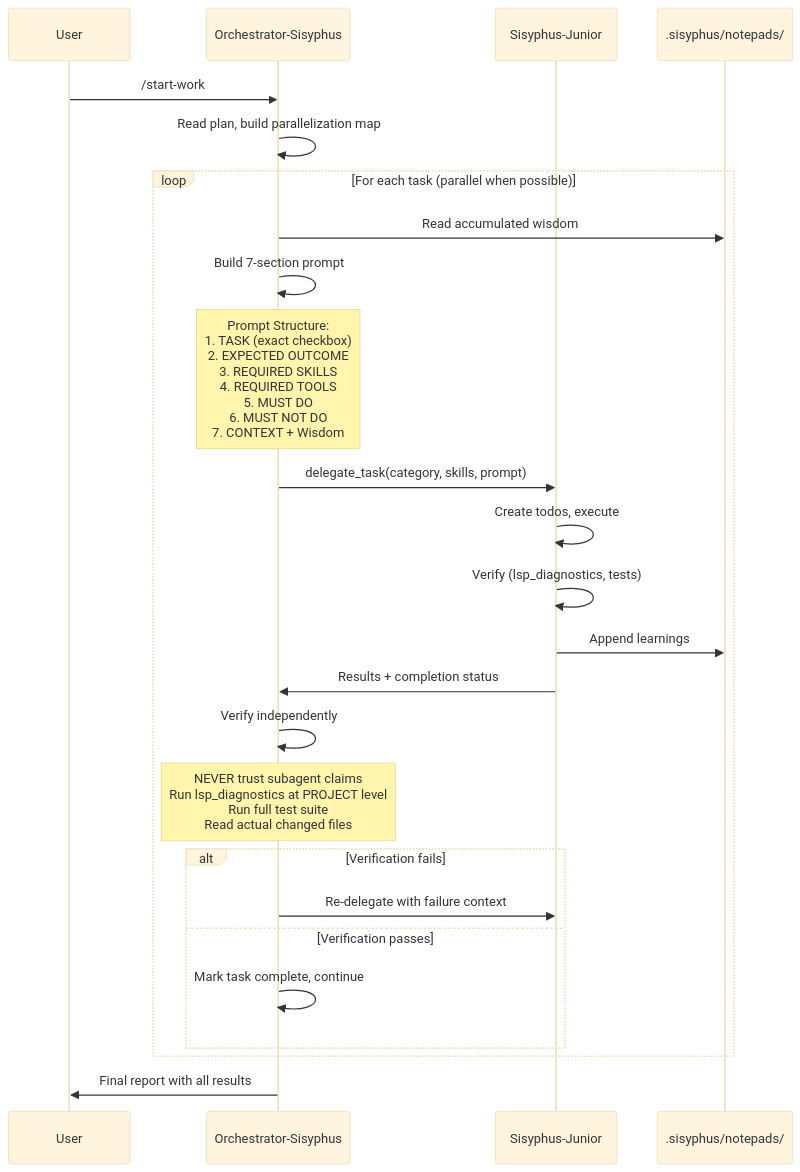
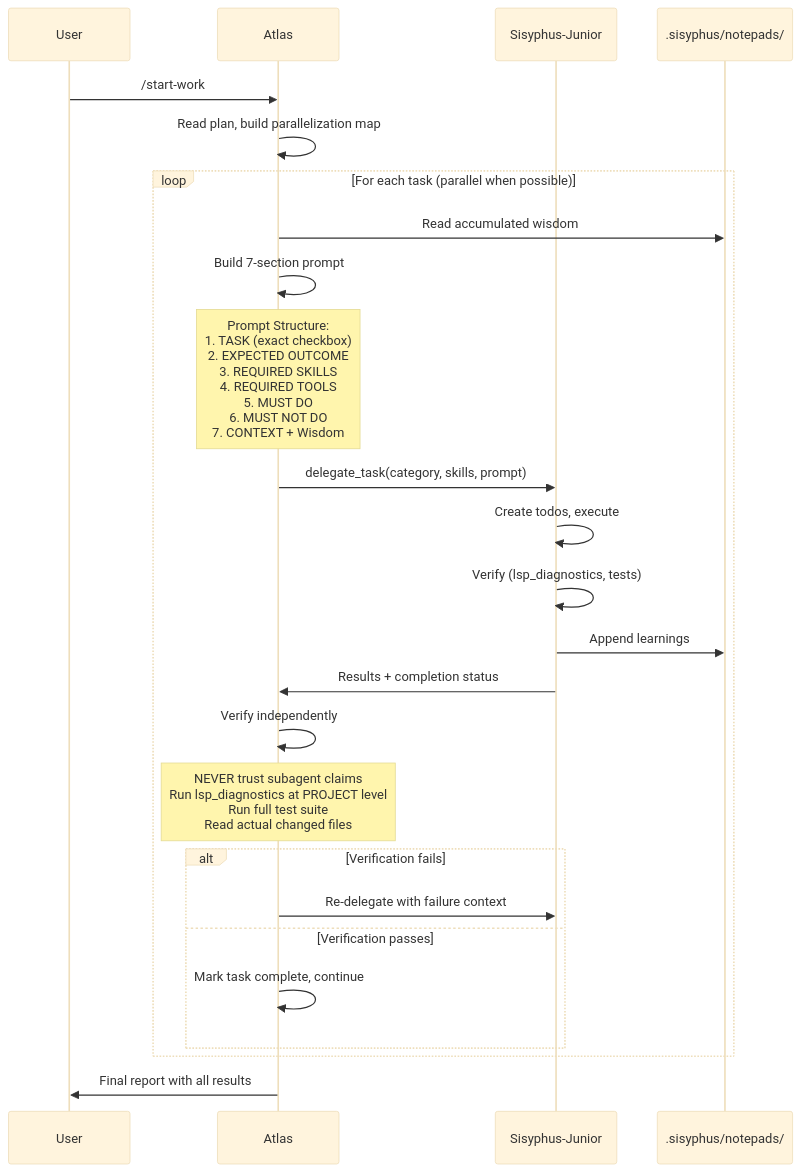
One commit to code-yeongyu/oh-my-openagent changed the fourth of 4 diagrams in docs/guide/understanding-orchestration-system.md. Above: the diagram before and after it, drawn with Mermaid (base theme). The commit also changed other lines of this file and 2 other files, not shown here.

Commit message:
docs: rename Orchestrator-Sisyphus to Atlas

````diff
--- a/docs/guide/understanding-orchestration-system.md
+++ b/docs/guide/understanding-orchestration-system.md
@@ -352,35 +352,35 @@
 ```mermaid
 sequenceDiagram
     participant User
-    participant Orchestrator as Orchestrator-Sisyphus
+    participant Orchestrator as Atlas
     participant Junior as Sisyphus-Junior
     participant Notepad as .sisyphus/notepads/
     
     User->>Orchestrator: /start-work
     Orchestrator->>Orchestrator: Read plan, build parallelization map
     
     loop For each task (parallel when possible)
         Orchestrator->>Notepad: Read accumulated wisdom
         Orchestrator->>Orchestrator: Build 7-section prompt
         
         Note over Orchestrator: Prompt Structure:<br/>1. TASK (exact checkbox)<br/>2. EXPECTED OUTCOME<br/>3. REQUIRED SKILLS<br/>4. REQUIRED TOOLS<br/>5. MUST DO<br/>6. MUST NOT DO<br/>7. CONTEXT + Wisdom
         
         Orchestrator->>Junior: delegate_task(category, skills, prompt)
         
         Junior->>Junior: Create todos, execute
         Junior->>Junior: Verify (lsp_diagnostics, tests)
         Junior->>Notepad: Append learnings
         Junior->>Orchestrator: Results + completion status
         
         Orchestrator->>Orchestrator: Verify independently
         Note over Orchestrator: NEVER trust subagent claims<br/>Run lsp_diagnostics at PROJECT level<br/>Run full test suite<br/>Read actual changed files
         
         alt Verification fails
             Orchestrator->>Junior: Re-delegate with failure context
         else Verification passes
             Orchestrator->>Orchestrator: Mark task complete, continue
         end
     end
     
     Orchestrator->>User: Final report with all results
 ```
````
